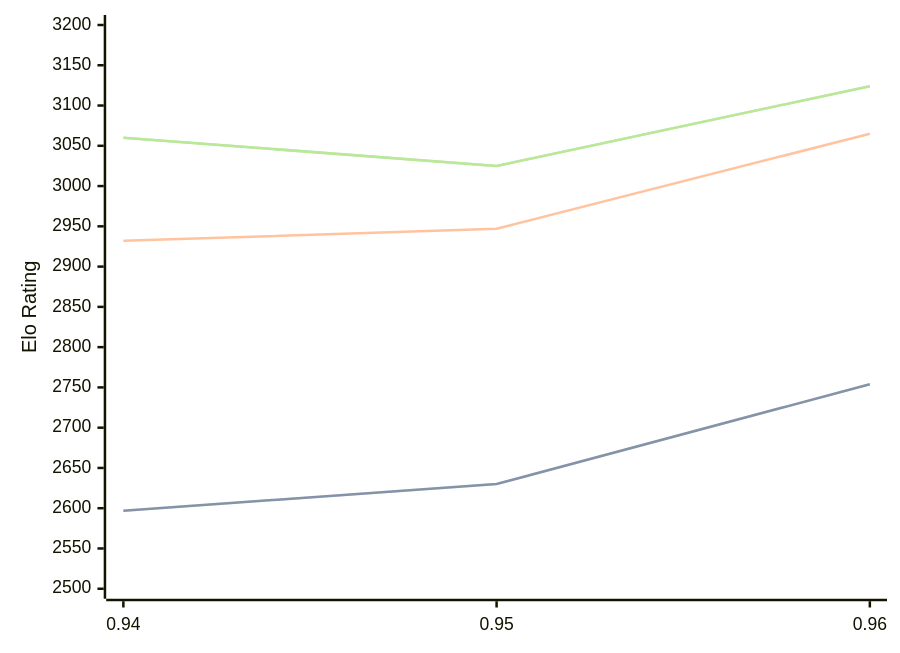
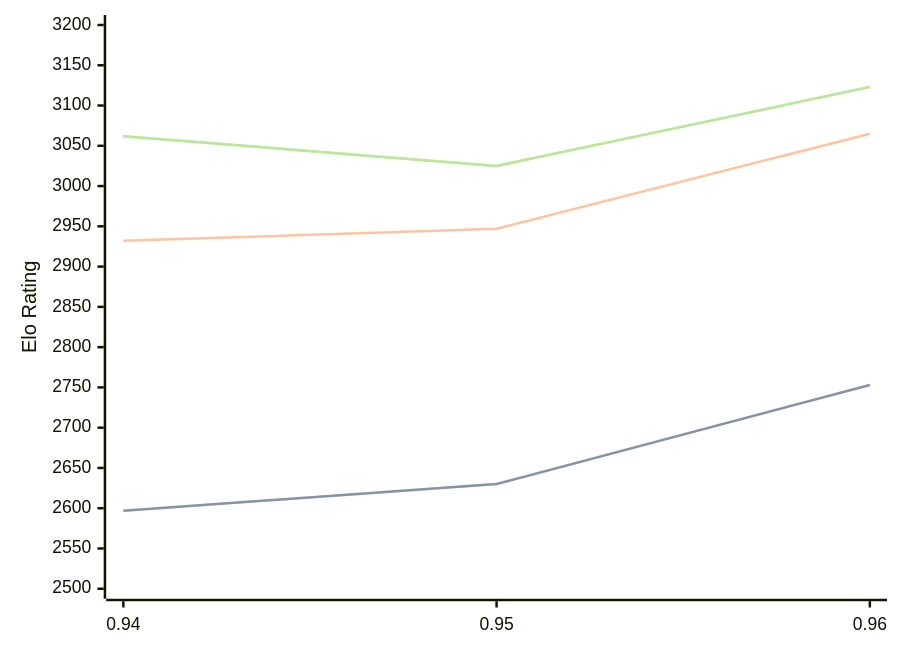
Before and after one commit to computer-chess-index/cci: the diagram in engines/Myrddin.md, drawn with Mermaid. The commit also changed other lines of this file, not shown here.

Commit message:
Update CCI Ratings (ELO VLTC) - 2026-09-15

````diff
--- a/engines/Myrddin.md
+++ b/engines/Myrddin.md
@@ -33,11 +33,11 @@
 ```mermaid
 %%{init: {"theme":"base","themeVariables":{"seriesColors:['#a3a3a3','#222221','#faa371']}}}%%
 xychart-beta
   x-axis ["0.94", "0.95", "0.96"]
   y-axis "Elo Rating" 2500 --> 3200
-  line "" [2597, 2630, 2754]
-  line "STC (8.0+0.08s)" [2597, 2630, 2754]
+  line "" [2597, 2630, 2753]
+  line "STC (8.0+0.08s)" [2597, 2630, 2753]
   line "LTC (60.0+0.60s)" [2932, 2947, 3065]
-  line "" [3060, 3025, 3124]
-  line "VLTC (2m24s+1.12s)" [3060, 3025, 3124]
+  line "" [3062, 3025, 3123]
+  line "VLTC (2m24s+1.12s)" [3062, 3025, 3123]
 ```
````
